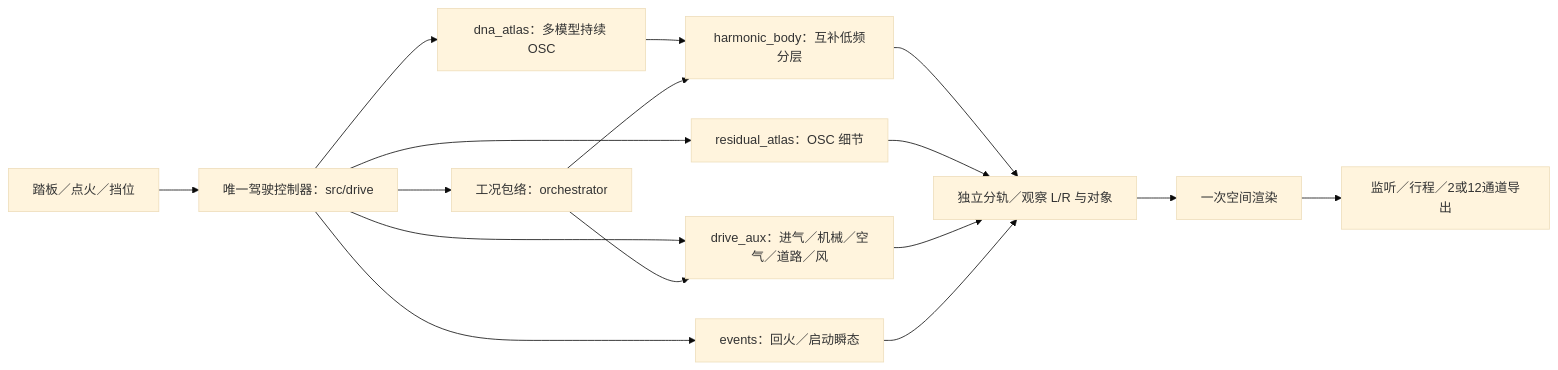
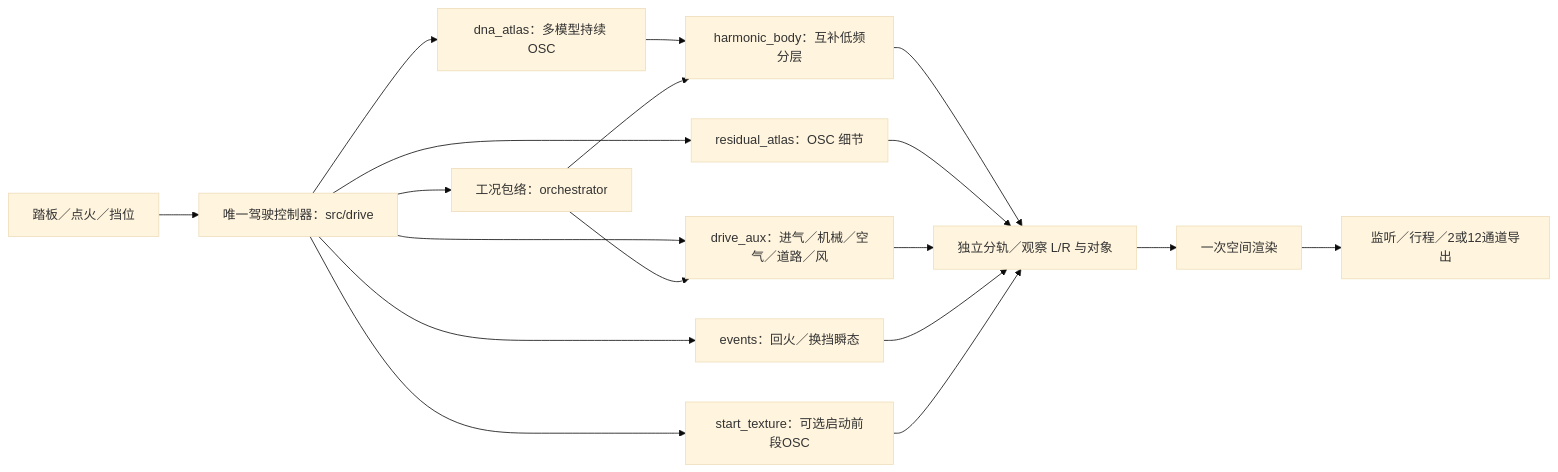
One commit to Kidrage/VehicleSoundLab changed the diagram in handoff/算法说明.md. Above: the diagram before and after it, drawn with Mermaid (base theme). The commit also changed other lines of this file and 52 other files, not shown here.

````diff
--- a/handoff/算法说明.md
+++ b/handoff/算法说明.md
@@ -13,18 +15,20 @@
 ```mermaid
 flowchart LR
     UI[踏板／点火／挡位] --> CTRL[唯一驾驶控制器：src/drive]
     CTRL --> ENV[工况包络：orchestrator]
     CTRL --> DNA[dna_atlas：多模型持续 OSC]
     DNA --> BODY[harmonic_body：互补低频分层]
     CTRL --> DETAIL[residual_atlas：OSC 细节]
     CTRL --> AUX[drive_aux：进气／机械／空气／道路／风]
-    CTRL --> EVT[events：回火／启动瞬态]
+    CTRL --> EVT[events：回火／换挡瞬态]
+    CTRL --> START[start_texture：可选启动前段OSC]
     ENV --> BODY
     ENV --> AUX
     BODY --> BUS[独立分轨／观察 L/R 与对象]
     DETAIL --> BUS
     AUX --> BUS
     EVT --> BUS
+    START --> BUS
     BUS --> SPACE[一次空间渲染]
     SPACE --> HOST[监听／行程／2或12通道导出]
 ```
````
